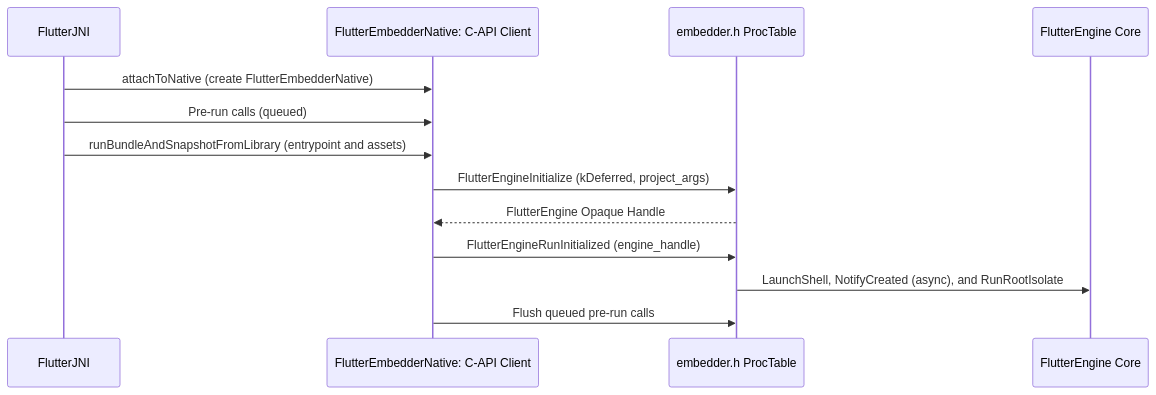
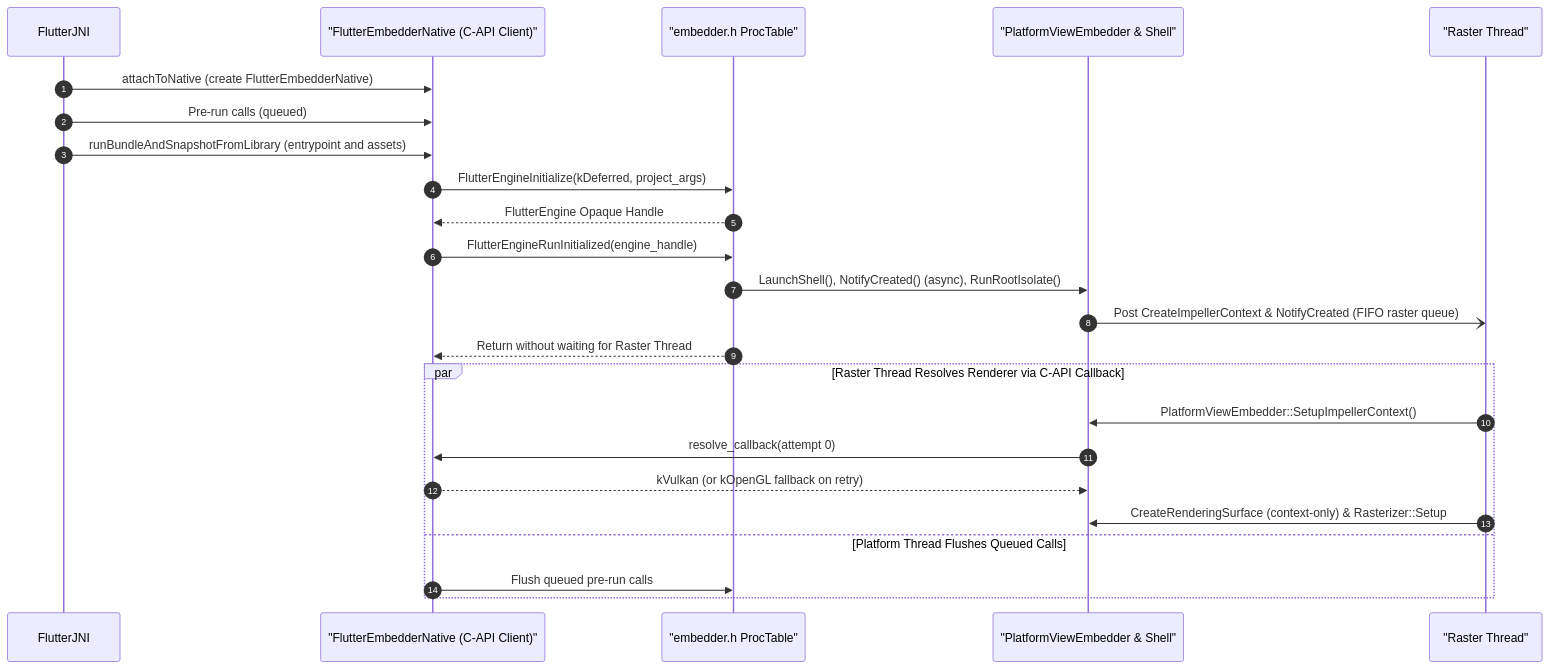
Diagram 12 of 16 in rfc/410.0000-flutter-android-embedder-c-api-migration.md (flutter/rfc), drawn with Mermaid before and after one commit. The commit also changed other lines of this file, not shown here.

Commit message:
Hatch any unnecessary context and simplify with sequence diagram

````diff
--- a/rfc/410.0000-flutter-android-embedder-c-api-migration.md
+++ b/rfc/410.0000-flutter-android-embedder-c-api-migration.md
@@ -1779,16 +1144,27 @@
 ```mermaid
 sequenceDiagram
+    autonumber
     participant FlutterJNI
-    participant FlutterEmbedderNative as FlutterEmbedderNative: C-API Client
-    participant EmbedderAPI as embedder.h ProcTable
-    participant Core as FlutterEngine Core
+    participant FlutterEmbedderNative as "FlutterEmbedderNative (C-API Client)"
+    participant EmbedderAPI as "embedder.h ProcTable"
+    participant Core as "PlatformViewEmbedder & Shell"
+    participant Raster as "Raster Thread"
 
     FlutterJNI->>FlutterEmbedderNative: attachToNative (create FlutterEmbedderNative)
     FlutterJNI->>FlutterEmbedderNative: Pre-run calls (queued)
     FlutterJNI->>FlutterEmbedderNative: runBundleAndSnapshotFromLibrary (entrypoint and assets)
-    FlutterEmbedderNative->>EmbedderAPI: FlutterEngineInitialize (kDeferred, project_args)
+    FlutterEmbedderNative->>EmbedderAPI: FlutterEngineInitialize(kDeferred, project_args)
     EmbedderAPI-->>FlutterEmbedderNative: FlutterEngine Opaque Handle
-    FlutterEmbedderNative->>EmbedderAPI: FlutterEngineRunInitialized (engine_handle)
-    EmbedderAPI->>Core: LaunchShell, NotifyCreated (async), and RunRootIsolate
-    FlutterEmbedderNative->>EmbedderAPI: Flush queued pre-run calls
+    FlutterEmbedderNative->>EmbedderAPI: FlutterEngineRunInitialized(engine_handle)
+    EmbedderAPI->>Core: LaunchShell(), NotifyCreated() (async), RunRootIsolate()
+    Core-)Raster: Post CreateImpellerContext & NotifyCreated (FIFO raster queue)
+    EmbedderAPI-->>FlutterEmbedderNative: Return without waiting for Raster Thread
+    par Raster Thread Resolves Renderer via C-API Callback
+        Raster->>Core: PlatformViewEmbedder::SetupImpellerContext()
+        Core->>FlutterEmbedderNative: resolve_callback(attempt 0)
+        FlutterEmbedderNative-->>Core: kVulkan (or kOpenGL fallback on retry)
+        Raster->>Core: CreateRenderingSurface (context-only) & Rasterizer::Setup
+    and Platform Thread Flushes Queued Calls
+        FlutterEmbedderNative->>EmbedderAPI: Flush queued pre-run calls
+    end
 ```
````
